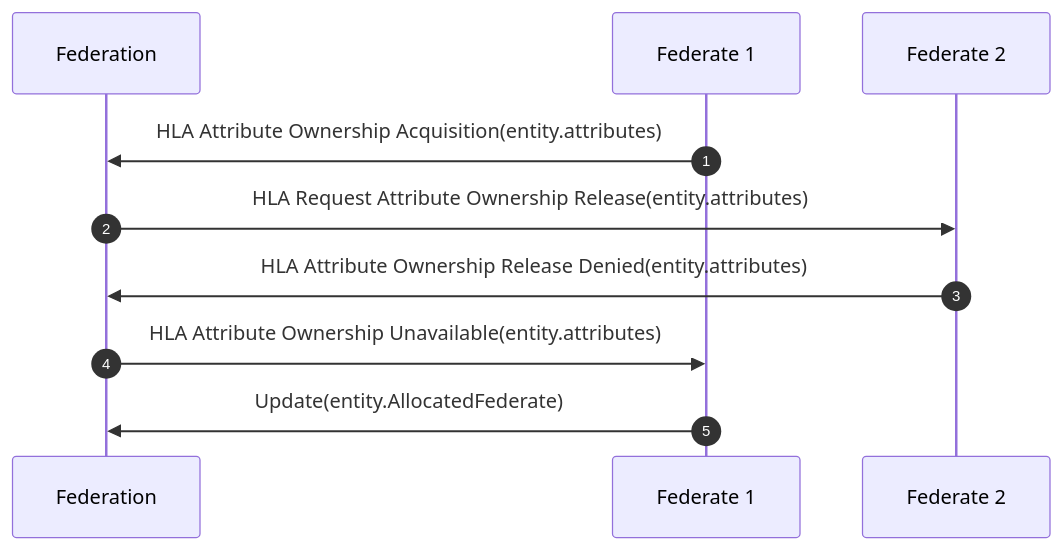
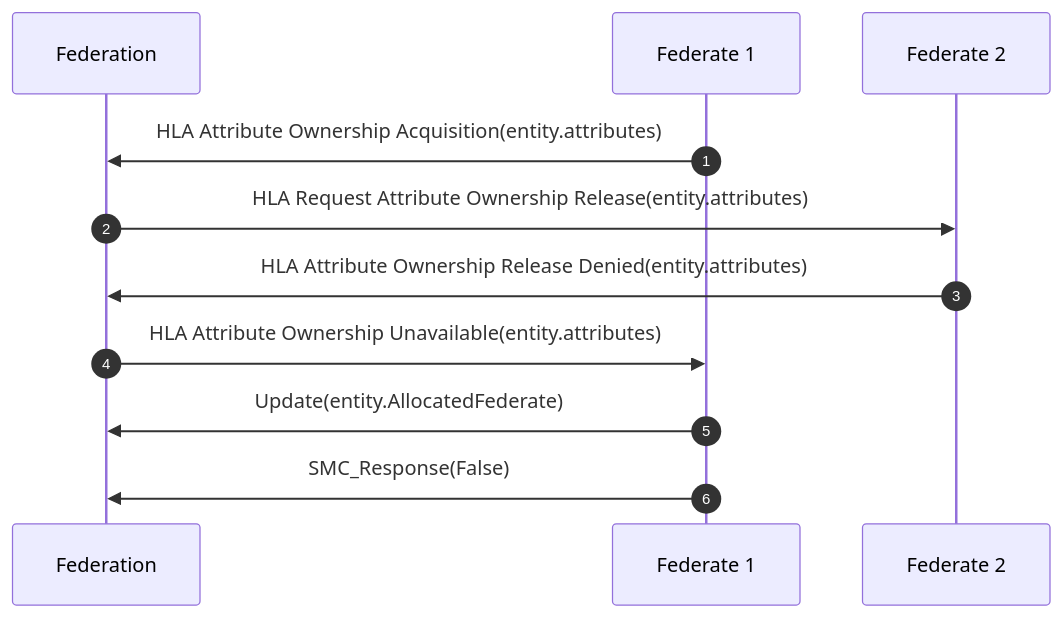
Before and after one commit to AMSP-04/NETN-TMR: the third of 5 diagrams in NETN-TMR.md, drawn with Mermaid. The commit also changed other lines of this file and 1 other file, not shown here.

````diff
--- a/NETN-TMR.md
+++ b/NETN-TMR.md
@@ -97,17 +97,17 @@
 ``` mermaid 
 sequenceDiagram
 participant Federation 
 participant Federate 1 
 participant Federate 2 
 autonumber
  
 
 Federate 1->>Federation:HLA Attribute Ownership Acquisition(entity.attributes) 
 Federation->>Federate 2:HLA Request Attribute Ownership Release(entity.attributes) 
 Federate 2->>Federation:HLA Attribute Ownership Release Denied(entity.attributes) 
 Federation->>Federate 1:HLA Attribute Ownership Unavailable(entity.attributes) 
-
 Federate 1->>Federation:Update(entity.AllocatedFederate) 
+Federate 1->>Federation:SMC_Response(False) 
  
  
 ``` 
````
